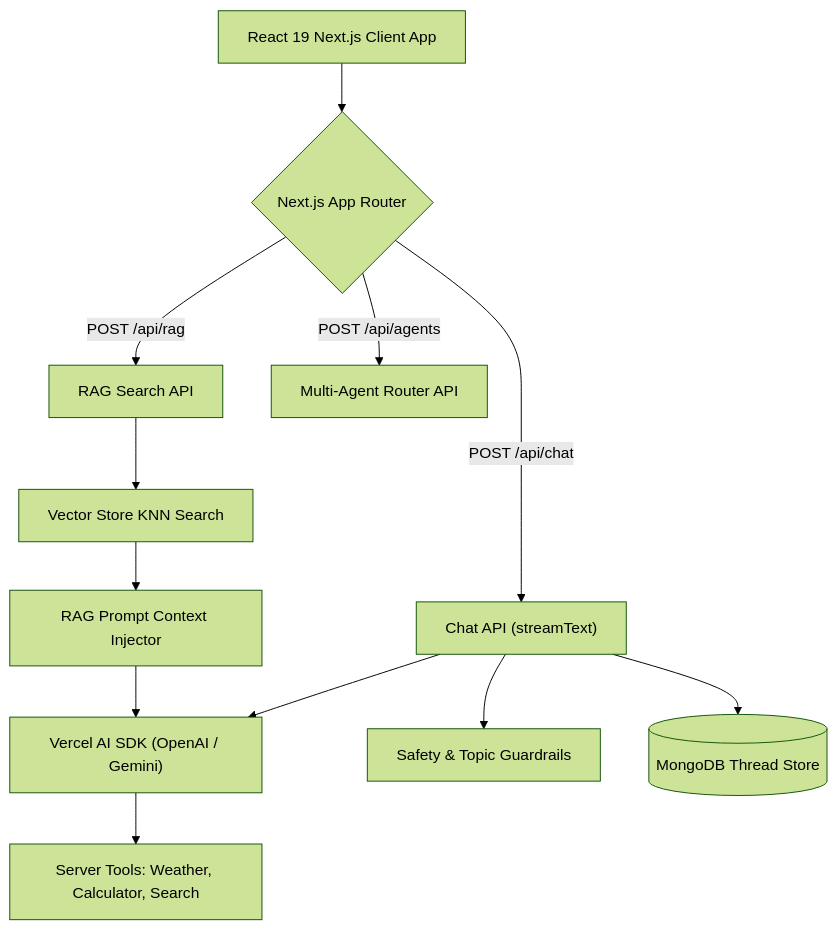
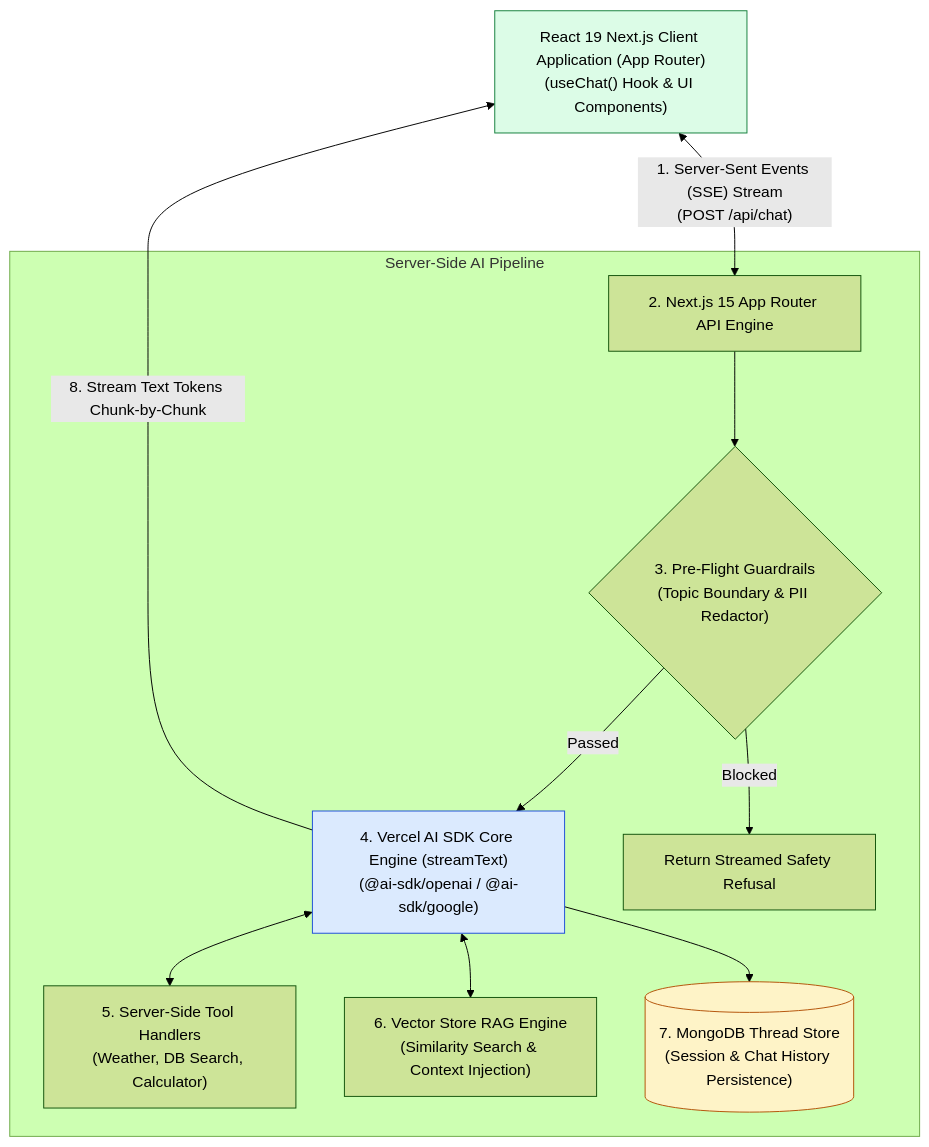
The first of 3 diagrams in agentic-ai-notes/08-samvaad-ai/00-samvaad-ai-overview.md (Amie-dev/engineering-playbook), drawn with Mermaid (forest theme) before and after one commit. The commit also changed other lines of this file and 8 other files, not shown here.

First line of the commit message:
Enhance RAG Generation Engine and Guardrails Module

````diff
--- a/agentic-ai-notes/08-samvaad-ai/00-samvaad-ai-overview.md
+++ b/agentic-ai-notes/08-samvaad-ai/00-samvaad-ai-overview.md
@@ -10,18 +13,24 @@
 ```mermaid
 flowchart TD
-    Client[React 19 Next.js Client App] --> Routes{Next.js App Router}
-    
-    Routes -- "POST /api/chat" --> ChatAPI["Chat API (streamText)"]
-    Routes -- "POST /api/rag" --> RAGAPI["RAG Search API"]
-    Routes -- "POST /api/agents" --> AgentsAPI["Multi-Agent Router API"]
+    ClientApp["React 19 Next.js Client Application (App Router)<br/>(useChat() Hook & UI Components)"] <-->|"1. Server-Sent Events (SSE) Stream<br/>(POST /api/chat)"| NextRouter["2. Next.js 15 App Router API Engine"]
 
-    ChatAPI --> AISDK["Vercel AI SDK (OpenAI / Gemini)"]
-    AISDK --> Tools[Server Tools: Weather, Calculator, Search]
-    
-    RAGAPI --> VectorStore[Vector Store KNN Search]
-    VectorStore --> RAGPrompt[RAG Prompt Context Injector]
-    RAGPrompt --> AISDK
+    subgraph Server-Side AI Pipeline
+        NextRouter --> GuardrailCheck{"3. Pre-Flight Guardrails<br/>(Topic Boundary & PII Redactor)"}
 
-    ChatAPI --> Guardrails[Safety & Topic Guardrails]
-    ChatAPI --> MongoStore[(MongoDB Thread Store)]
+        GuardrailCheck -- "Passed" --> AISDK["4. Vercel AI SDK Core Engine (streamText)<br/>(@ai-sdk/openai / @ai-sdk/google)"]
+
+        GuardrailCheck -- "Blocked" --> RefusalStream["Return Streamed Safety Refusal"]
+
+        AISDK <--> ServerTools["5. Server-Side Tool Handlers<br/>(Weather, DB Search, Calculator)"]
+
+        AISDK <--> RAGEngine["6. Vector Store RAG Engine<br/>(Similarity Search & Context Injection)"]
+
+        AISDK --> MongoStore[("7. MongoDB Thread Store<br/>(Session & Chat History Persistence)")]
+    end
+
+    AISDK -->|"8. Stream Text Tokens Chunk-by-Chunk"| ClientApp
+
+    style AISDK fill:#dbeafe,stroke:#1d4ed8
+    style ClientApp fill:#dcfce7,stroke:#15803d
+    style MongoStore fill:#fef3c7,stroke:#b45309
 ```
````
